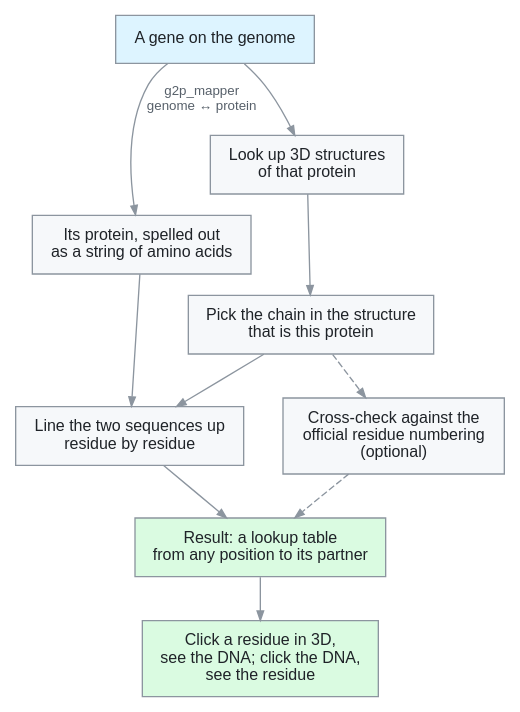
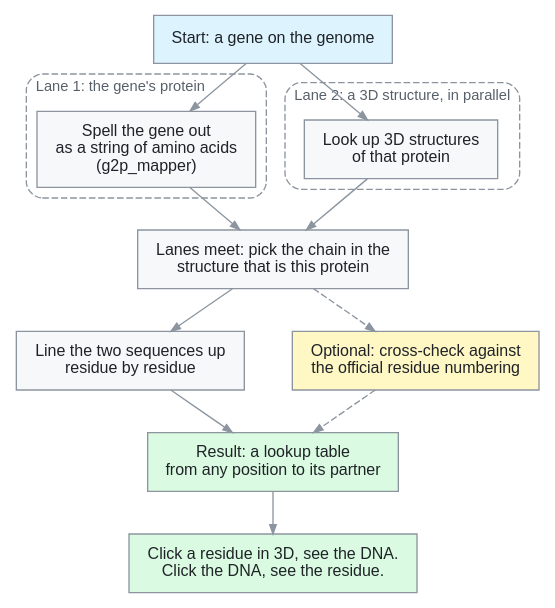
Before and after one commit to GMOD/p2s_mapper: the diagram in docs/img/pipeline.dot, drawn with Graphviz. The commit also changed 2 other files, not shown here.

Commit message:
docs: split the pipeline flowchart into two lanes that meet at chain choice

```diff
--- a/docs/img/pipeline.dot
+++ b/docs/img/pipeline.dot
@@ -1,43 +1,65 @@
 digraph pipeline {
   rankdir = TB
+  compound = true
   bgcolor = "white"
-  nodesep = 0.4
+  nodesep = 0.5
   ranksep = 0.45
 
   node [
     fontname = "Helvetica,Arial,sans-serif"
     fontsize = 12
     fontcolor = "#1f2328"
     color = "#8c959f"
     style = "filled"
     fillcolor = "#f6f8fa"
     shape = box
     margin = "0.2,0.12"
   ]
   edge [
     fontname = "Helvetica,Arial,sans-serif"
     fontsize = 10
     fontcolor = "#57606a"
     color = "#8c959f"
     arrowsize = 0.7
   ]
 
-  gene [label = "A gene on the genome", fillcolor = "#ddf4ff"]
-  protein [label = "Its protein, spelled out\nas a string of amino acids"]
-  find [label = "Look up 3D structures\nof that protein"]
-  chain [label = "Pick the chain in the structure\nthat is this protein"]
+  gene [label = "Start: a gene on the genome", fillcolor = "#ddf4ff"]
+
+  subgraph cluster_a {
+    label = "Lane 1: the gene's protein"
+    labeljust = l
+    fontname = "Helvetica,Arial,sans-serif"
+    fontsize = 11
+    fontcolor = "#57606a"
+    color = "#8c959f"
+    style = "rounded,dashed"
+    protein [label = "Spell the gene out\nas a string of amino acids\n(g2p_mapper)"]
+  }
+
+  subgraph cluster_b {
+    label = "Lane 2: a 3D structure, in parallel"
+    labeljust = l
+    fontname = "Helvetica,Arial,sans-serif"
+    fontsize = 11
+    fontcolor = "#57606a"
+    color = "#8c959f"
+    style = "rounded,dashed"
+    find [label = "Look up 3D structures\nof that protein"]
+  }
+
+  chain [label = "Lanes meet: pick the chain in the\nstructure that is this protein"]
   match [label = "Line the two sequences up\nresidue by residue"]
-  official [label = "Cross-check against the\nofficial residue numbering\n(optional)"]
+  official [label = "Optional: cross-check against\nthe official residue numbering", fillcolor = "#fff8c5"]
   maps [label = "Result: a lookup table\nfrom any position to its partner", fillcolor = "#dafbe1"]
-  use [label = "Click a residue in 3D,\nsee the DNA; click the DNA,\nsee the residue", fillcolor = "#dafbe1"]
+  use [label = "Click a residue in 3D, see the DNA.\nClick the DNA, see the residue.", fillcolor = "#dafbe1"]
 
-  gene -> protein [label = "g2p_mapper\ngenome ↔ protein"]
   gene -> find
-  protein -> match
+  gene -> protein
   find -> chain
+  protein -> chain
   chain -> match
   match -> maps
   chain -> official [style = dashed]
   official -> maps [style = dashed]
   maps -> use
 }
```
